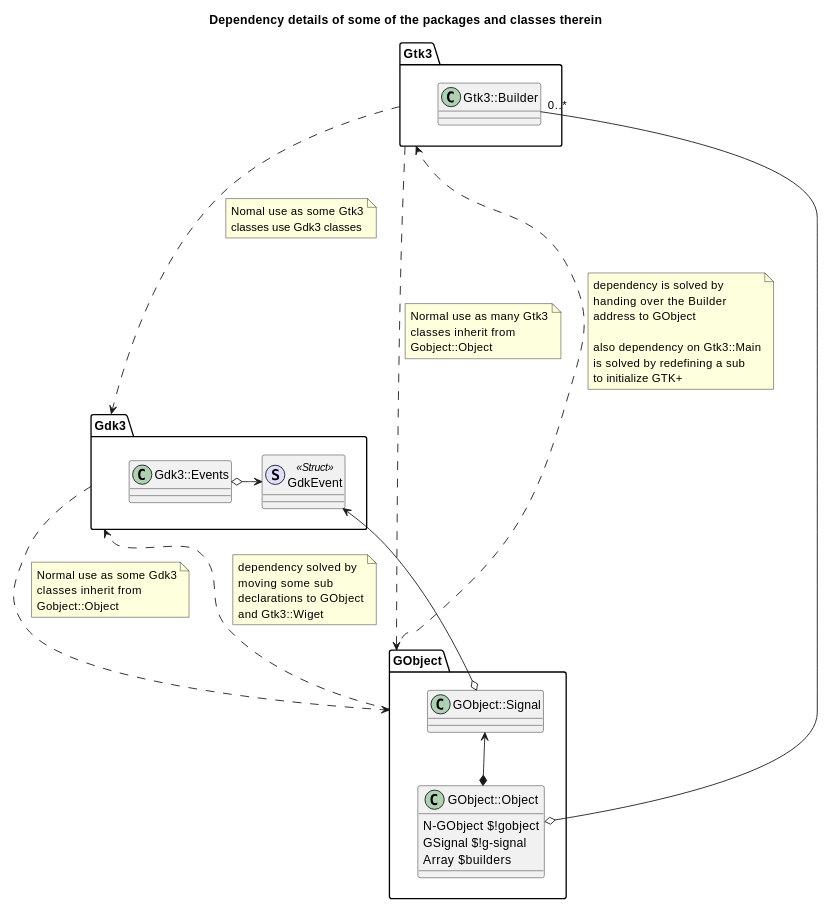
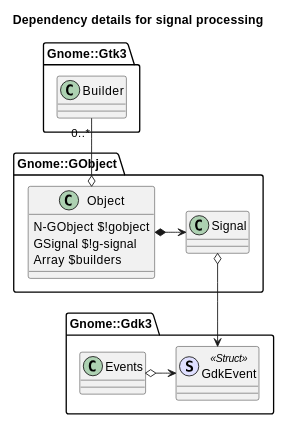
The first of 2 diagrams in Design-docs/Design.md (MARTIMM/gnome-gtk3), drawn with PlantUML before and after one commit. The commit also changed other lines of this file and 2 other files, not shown here.

Commit message:
other docs

````diff
--- a/Design-docs/Design.md
+++ b/Design-docs/Design.md
@@ -250,76 +288,74 @@
 ```plantuml
 scale 0.7
-title Dependency details of some of the packages and classes therein
+title Dependency details for signal processing
 
 
-package Gtk3 {
-  class Gtk3::Builder
-
-  'Gtk3::Builder .. dep1
+package Gnome::Gtk3 {
+  class Builder
 }
 
-package Gdk3 {
-  class Gdk3::Events
+package Gnome::Gdk3 {
+  class Events
 
   class GdkEvent << (S, #dfdfff) Struct >>
 }
 
-package GObject {
-  class GObject::Object {
+package Gnome::GObject {
+  class Object {
     N-GObject $!gobject
     GSignal $!g-signal
     Array $builders
   }
 
   'hide members
-  class GObject::Signal
+  class Signal
 }
 
 'class usage
-Gtk3::Builder "0..*" --o GObject::Object
-'Gtk3::Builder --|> GObject::Object
-'GObject::Object *-> GObject::Signal
-GObject::Signal <--* GObject::Object
-GObject::Signal o--> "GdkEvent"
-Gdk3::Events o-> GdkEvent
+Builder "0..*" --o Object
+'Builder --|> Object
+Object *-> Signal
+'Signal <--* Object
+Signal o--> "GdkEvent"
+Events o-> GdkEvent
 
 'package dependencies
-Gtk3 ...> Gdk3
-note right on link
-  Nomal use as some Gtk3
-  classes use Gdk3 classes
-end note
+'Gtk3 ...> Gdk3
+'note right on link
+'  Nomal use as some Gtk3
+'  classes use Gdk3 classes
+'end note
 
-Gtk3 ...> GObject
-note right on link
-  Normal use as many Gtk3
-  classes inherit from
-  Gobject::Object
-end note
+'Gtk3 ...> GObject
+'note right on link
+'  Normal use as many Gtk3
+'  classes inherit from
+'  Object
+'end note
 
-Gtk3 <... GObject
-note right on link
-  dependency is solved by
-  handing over the Builder
-  address to GObject
+'Gtk3 <... GObject
+'note right on link
+'  dependency is solved by
+'  handing over the Builder
+'  address to GObject
 
-  also dependency on Gtk3::Main
-  is solved by redefining a sub
-  to initialize GTK+
-end note
+'  also dependency on Main
+'  is solved by redefining a sub
+'  to initialize GTK+
+'end note
 
-Gdk3 ..> GObject
-note right on link
-  Normal use as some Gdk3
-  classes inherit from
-  Gobject::Object
-end note
+'Gdk3 ..> GObject
+'note right on link
+'  Normal use as some Gdk3
+'  classes inherit from
+'  Object
+'end note
 
-Gdk3 <.. GObject
-note right on link
-  dependency solved by
-  moving some sub
-  declarations to GObject
-  and Gtk3::Wiget
-end note
+'Gdk3 <.. GObject
+'note right on link
+'  dependency solved by
+'  moving some sub
+'  declarations to GObject
+'  and Wiget
+'end note
 ```
````
